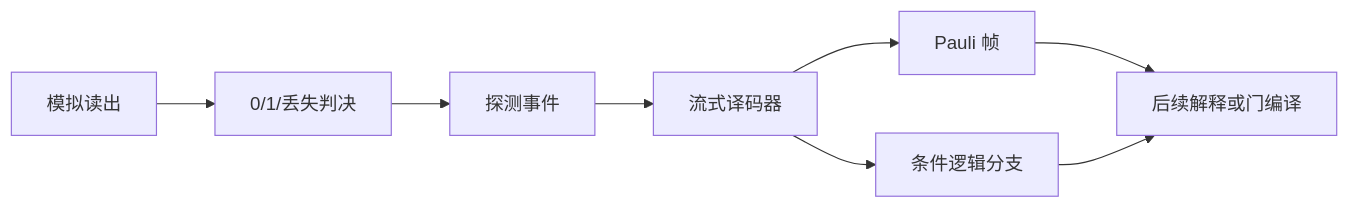
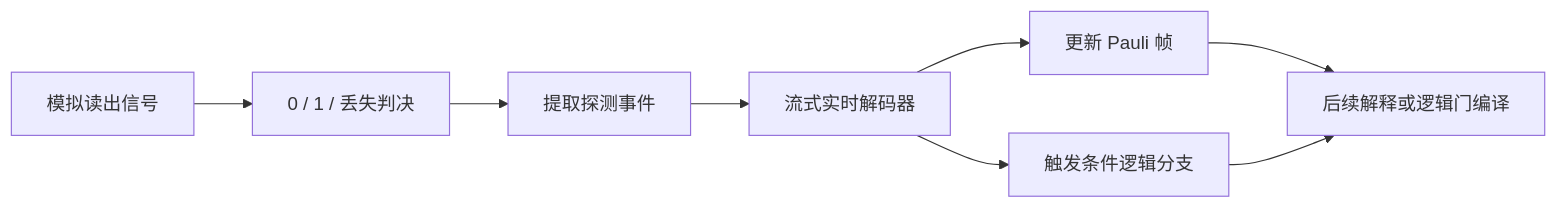
Before and after one commit to nanless/quantum-computing-handbook: the third of 3 diagrams in handbook/14-compilation-control.md, drawn with Mermaid. The commit also changed other lines of this file and 386 other files, not shown here.

````diff
--- a/handbook/14-compilation-control.md
+++ b/handbook/14-compilation-control.md
@@ -450,10 +1392,10 @@
 ```mermaid
 flowchart LR
-  A[模拟读出] --> B[0/1/丢失判决]
-  B --> C[探测事件]
-  C --> D[流式译码器]
-  D --> E[Pauli 帧]
-  D --> F[条件逻辑分支]
-  E --> G[后续解释或门编译]
+  A["模拟读出信号"] --> B["0 / 1 / 丢失判决"]
+  B --> C["提取探测事件"]
+  C --> D["流式实时解码器"]
+  D --> E["更新 Pauli 帧"]
+  D --> F["触发条件逻辑分支"]
+  E --> G["后续解释或逻辑门编译"]
   F --> G
 ```
````
